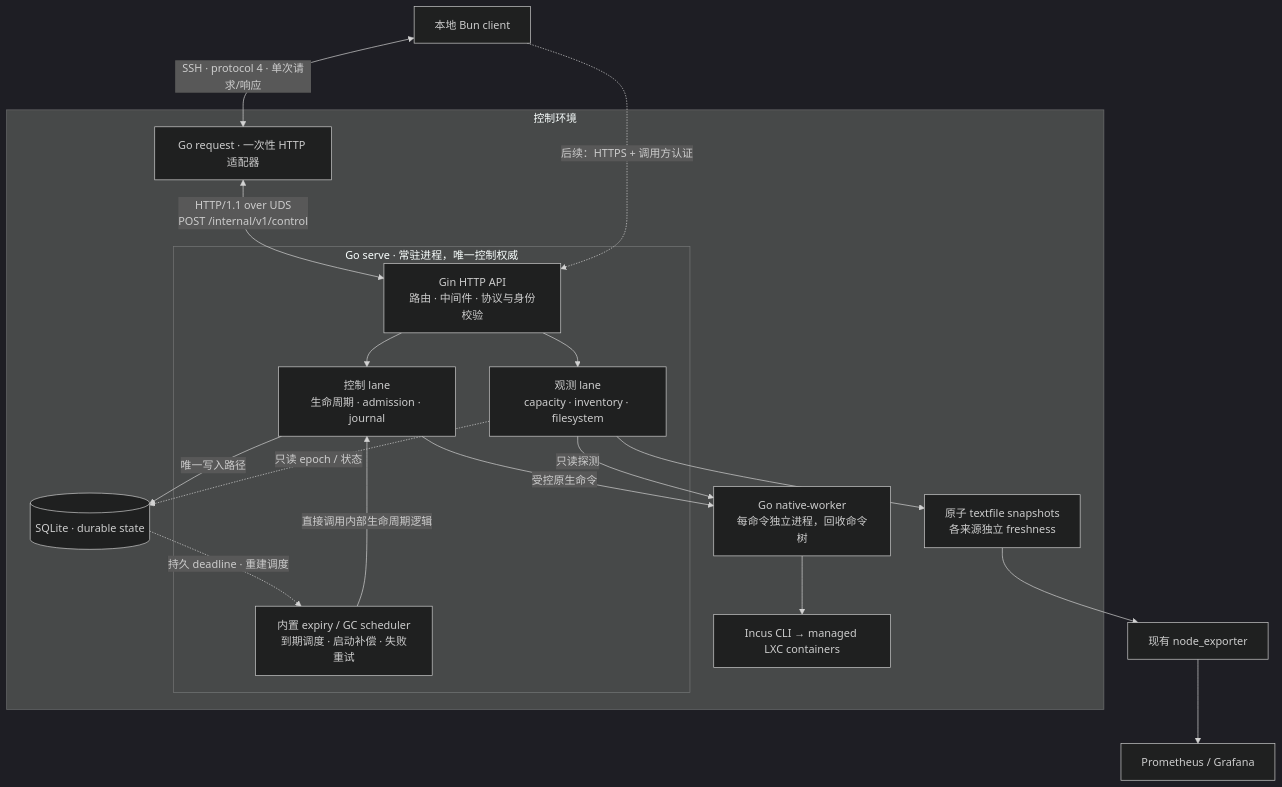
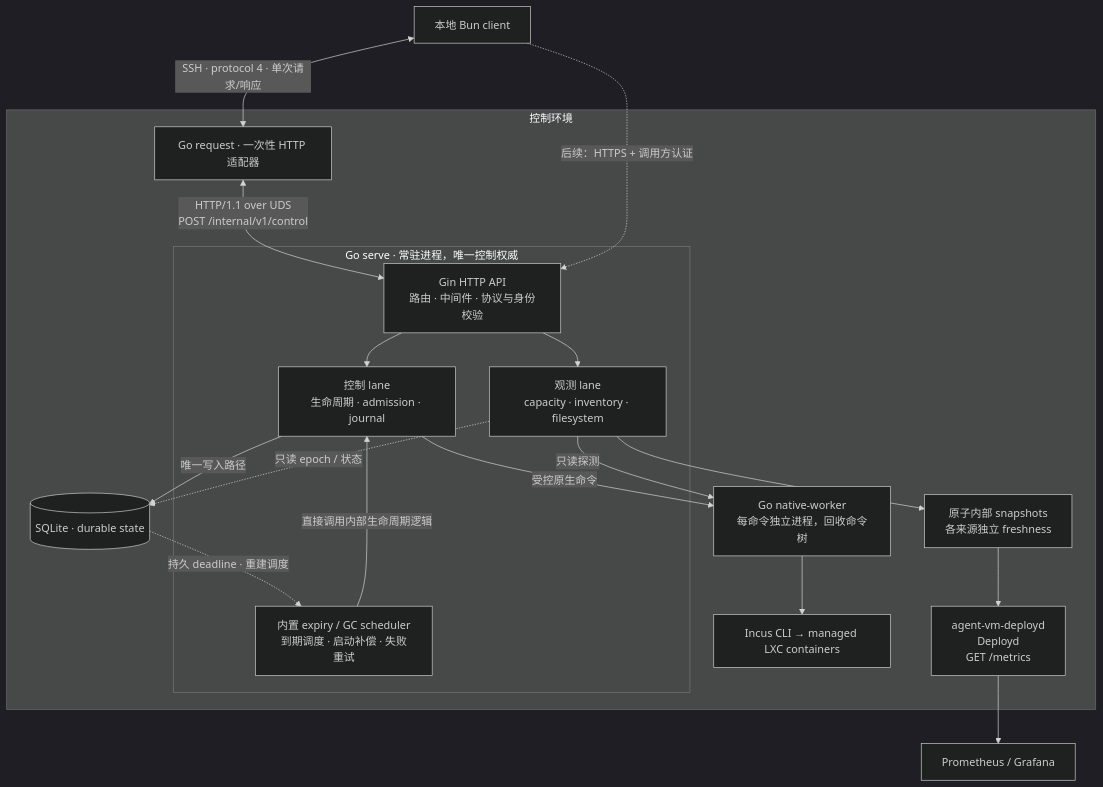
Before and after one commit to IvanLi-CN/agent-vm: the first of 2 diagrams in docs/proposals/agent-vm-go-parent-service.md, drawn with Mermaid (dark theme). The commit also changed other lines of this file and 26 other files, not shown here.

````diff
--- a/docs/proposals/agent-vm-go-parent-service.md
+++ b/docs/proposals/agent-vm-go-parent-service.md
@@ -90,34 +90,34 @@
 ```mermaid
 flowchart TB
     client["本地 Bun client"]
     subgraph control_env["控制环境"]
         request["Go request · 一次性 HTTP 适配器"]
         subgraph daemon["Go serve · 常驻进程，唯一控制权威"]
             dispatch["Gin HTTP API<br/>路由 · 中间件 · 协议与身份校验"]
             scheduler["内置 expiry / GC scheduler<br/>到期调度 · 启动补偿 · 失败重试"]
             control["控制 lane<br/>生命周期 · admission · journal"]
             observe["观测 lane<br/>capacity · inventory · filesystem"]
             dispatch --> control
             dispatch --> observe
             scheduler -->|"直接调用内部生命周期逻辑"| control
         end
         db[("SQLite · durable state")]
         worker["Go native-worker<br/>每命令独立进程，回收命令树"]
         incus["Incus CLI → managed LXC containers"]
-        snapshots["原子 textfile snapshots<br/>各来源独立 freshness"]
+        snapshots["原子内部 snapshots<br/>各来源独立 freshness"]
+        deployd["agent-vm-deployd<br/>Deployd<br/>GET /metrics"]
         request <-->|"HTTP/1.1 over UDS<br/>POST /internal/v1/control"| dispatch
         control -->|"唯一写入路径"| db
         db -.->|"持久 deadline · 重建调度"| scheduler
         observe -.->|"只读 epoch / 状态"| db
         control -->|"受控原生命令"| worker
         observe -->|"只读探测"| worker
         worker --> incus
         observe --> snapshots
     end
-    exporter["现有 node_exporter"]
     monitoring["Prometheus / Grafana"]
     client <-->|"SSH · protocol 4 · 单次请求/响应"| request
     client -.->|"后续：HTTPS + 调用方认证"| dispatch
-    snapshots --> exporter
-    exporter --> monitoring
+    snapshots --> deployd
+    deployd --> monitoring
 ```
````
